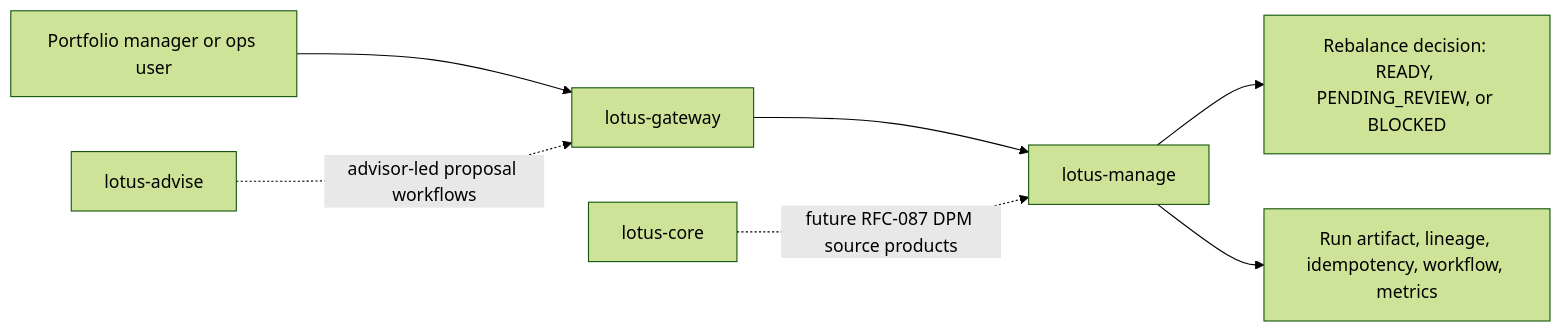
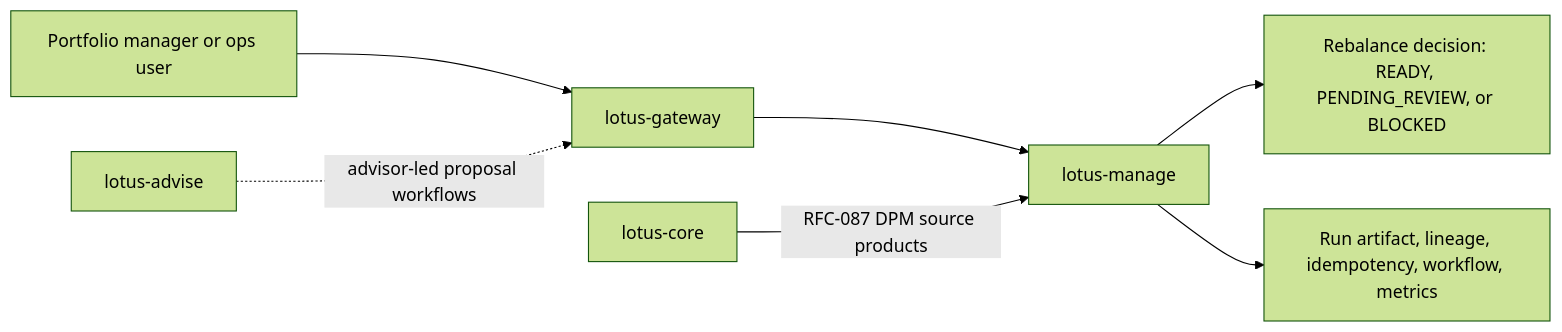
The diagram in wiki/Overview.md (sgajbi/lotus-manage), drawn with Mermaid (forest theme) before and after one commit. The commit also changed other lines of this file and 2 other files, not shown here.

Commit message:
docs: close RFC 0036 gold pass posture

````diff
--- a/wiki/Overview.md
+++ b/wiki/Overview.md
@@ -40,9 +40,9 @@
 ```mermaid
 flowchart LR
     PM[Portfolio manager or ops user] --> Gateway[lotus-gateway]
     Gateway --> Manage[lotus-manage]
     Manage --> Decision[Rebalance decision: READY, PENDING_REVIEW, or BLOCKED]
     Manage --> Evidence[Run artifact, lineage, idempotency, workflow, metrics]
-    Core[lotus-core] -. future RFC-087 DPM source products .-> Manage
+    Core[lotus-core] -->|RFC-087 DPM source products| Manage
     Advise[lotus-advise] -. advisor-led proposal workflows .-> Gateway
 ```
````
